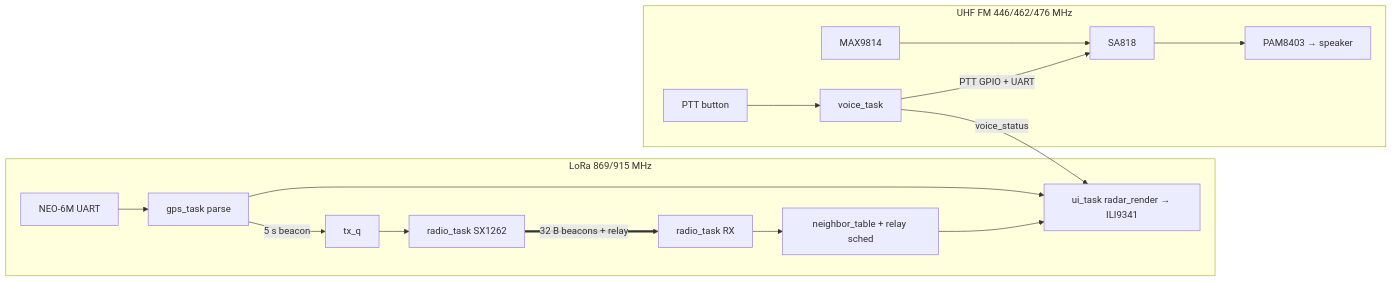
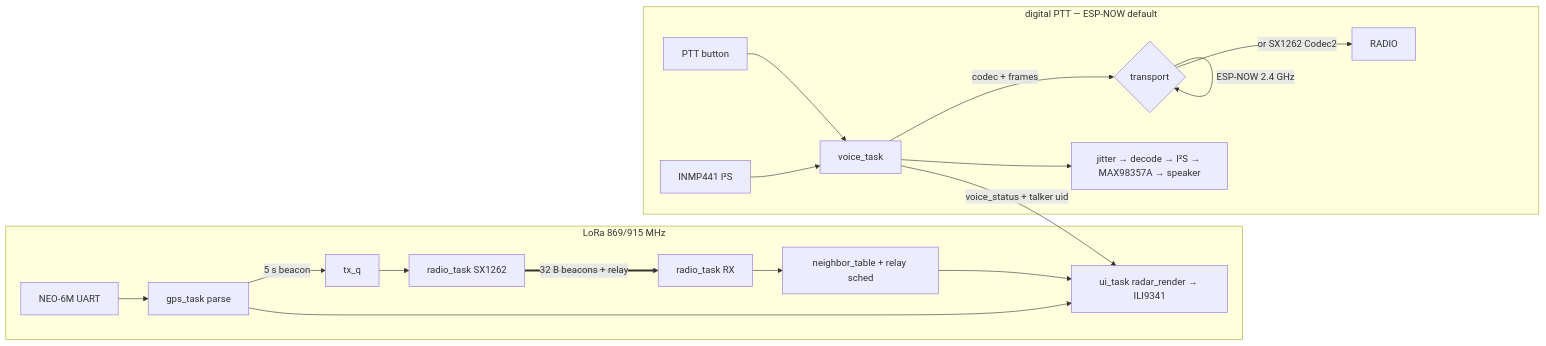
Before and after one commit to lewisf94/ConvoyLink: the diagram in docs/01-architecture.md, drawn with Mermaid. The commit also changed other lines of this file and 25 other files, not shown here.

````diff
--- a/docs/01-architecture.md
+++ b/docs/01-architecture.md
@@ -86,16 +97,19 @@
 ```mermaid
 flowchart LR
   subgraph data plane [LoRa 869/915 MHz]
     GPS[NEO-6M UART] --> NMEA[gps_task parse] -->|5 s beacon| TXQ[tx_q]
     TXQ --> LORA[radio_task SX1262]
     LORA ==>|32 B beacons + relay| LORARX[radio_task RX]
     LORARX --> NT[neighbor_table + relay sched]
     NT --> UI[ui_task radar_render → ILI9341]
     NMEA --> UI
   end
-  subgraph voice plane [UHF FM 446/462/476 MHz]
-    PTT[PTT button] --> VT[voice_task] -->|PTT GPIO + UART| SA818
-    MIC[MAX9814] --> SA818 --> AMP[PAM8403 → speaker]
-    VT -->|voice_status| UI
+  subgraph voice plane [digital PTT — ESP-NOW default]
+    PTT[PTT button] --> VT[voice_task]
+    MIC[INMP441 I²S] --> VT -->|codec + frames| XPORT{transport}
+    XPORT -->|ESP-NOW 2.4 GHz| XPORT
+    XPORT -->|or SX1262 Codec2| RADIO
+    VT --> AMP[jitter → decode → I²S → MAX98357A → speaker]
+    VT -->|voice_status + talker uid| UI
   end
 ```
````
